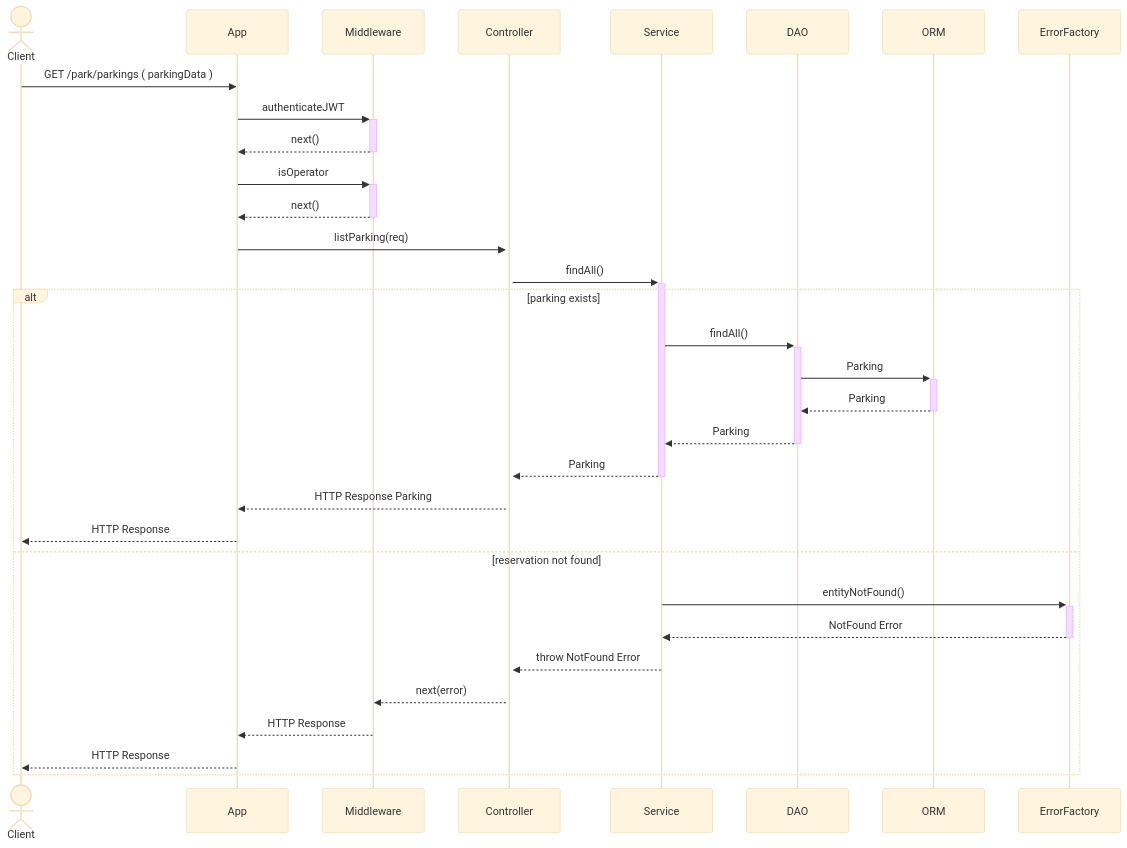
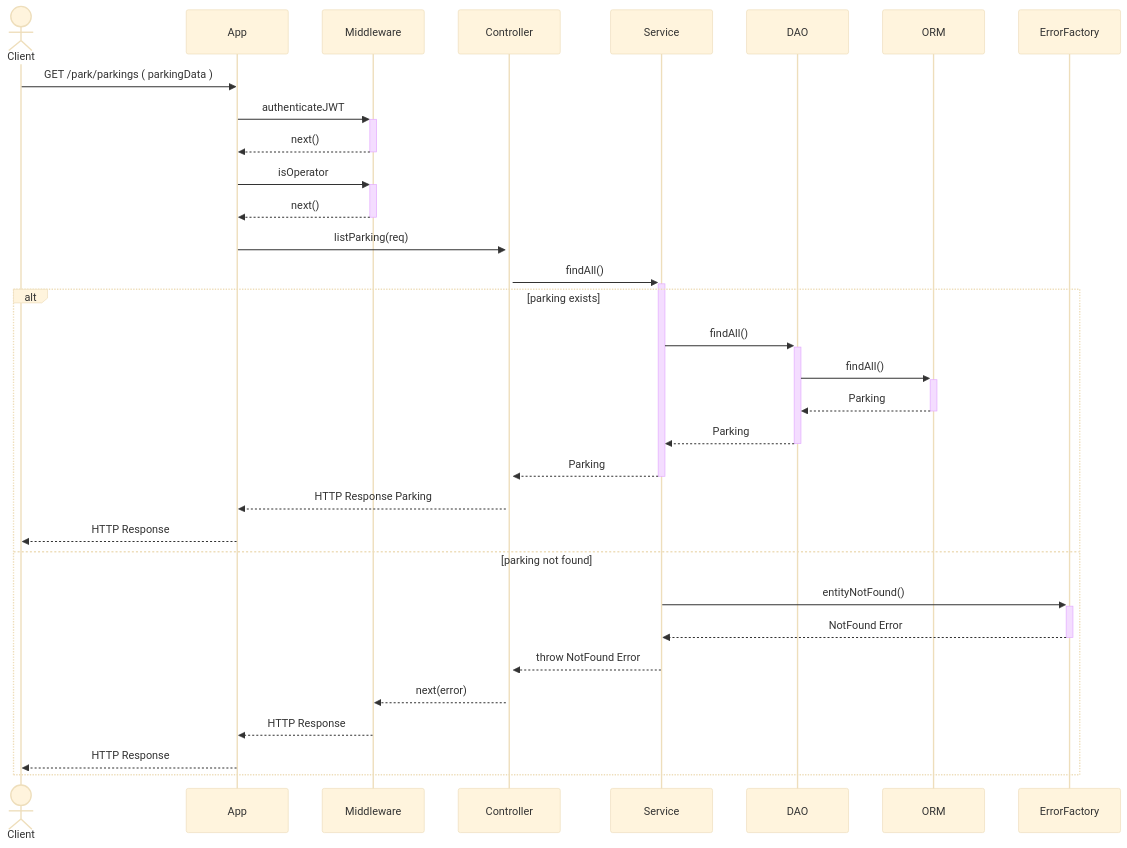
One commit to niccolociotti/parking_PA changed the fifth of 22 diagrams in README.md. Above: the diagram before and after it, drawn with Mermaid (base theme). The commit also changed other lines of this file, not shown here.

````diff
--- a/README.md
+++ b/README.md
@@ -431,35 +431,35 @@
 ```mermaid
 sequenceDiagram
     actor Client
     participant App
     participant Middleware
     participant Controller
     participant Service
     participant DAO
     participant ORM
     participant ErrorFactory
 
     Client->>App: GET /park/parkings ( parkingData )
     App->>+Middleware: authenticateJWT
     Middleware-->>-App: next()
     App->>+Middleware: isOperator
     Middleware-->>-App: next()
     App->>+Controller: listParking(req)
     Controller->>+Service: findAll()
     alt parking exists
         Service->>+DAO: findAll()
-        DAO->>+ORM: Parking
+        DAO->>+ORM: findAll()
         ORM-->>-DAO: Parking
         DAO-->>-Service: Parking
         Service-->>-Controller: Parking
         Controller-->>App: HTTP Response Parking
         App-->>Client: HTTP Response
-        else reservation not found
+        else parking not found
             Service->>+ErrorFactory: entityNotFound()
             ErrorFactory-->>-Service: NotFound Error
             Service-->>Controller: throw NotFound Error
             Controller-->>Middleware: next(error)
             Middleware-->>App: HTTP Response
             App-->>Client: HTTP Response
     end
 ```
````
